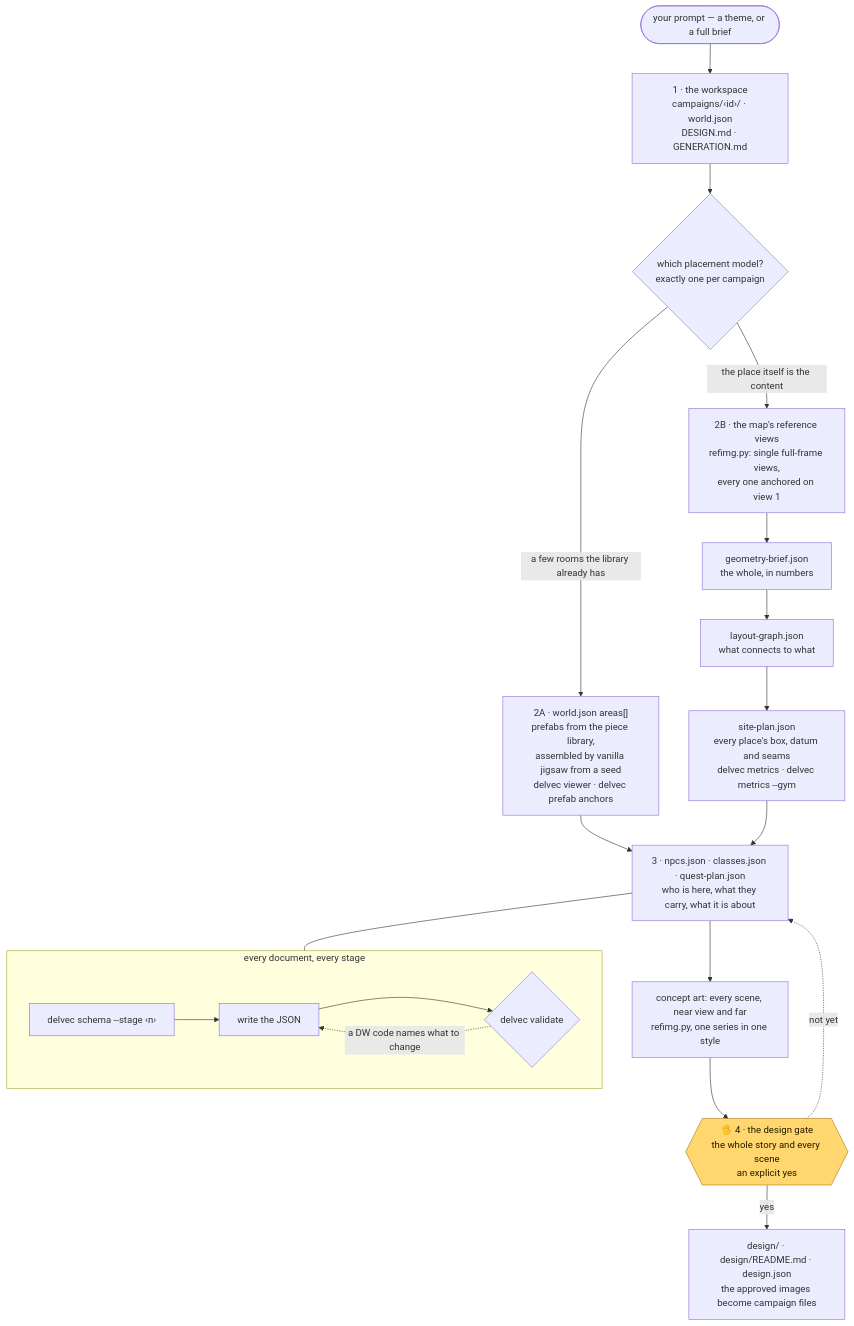
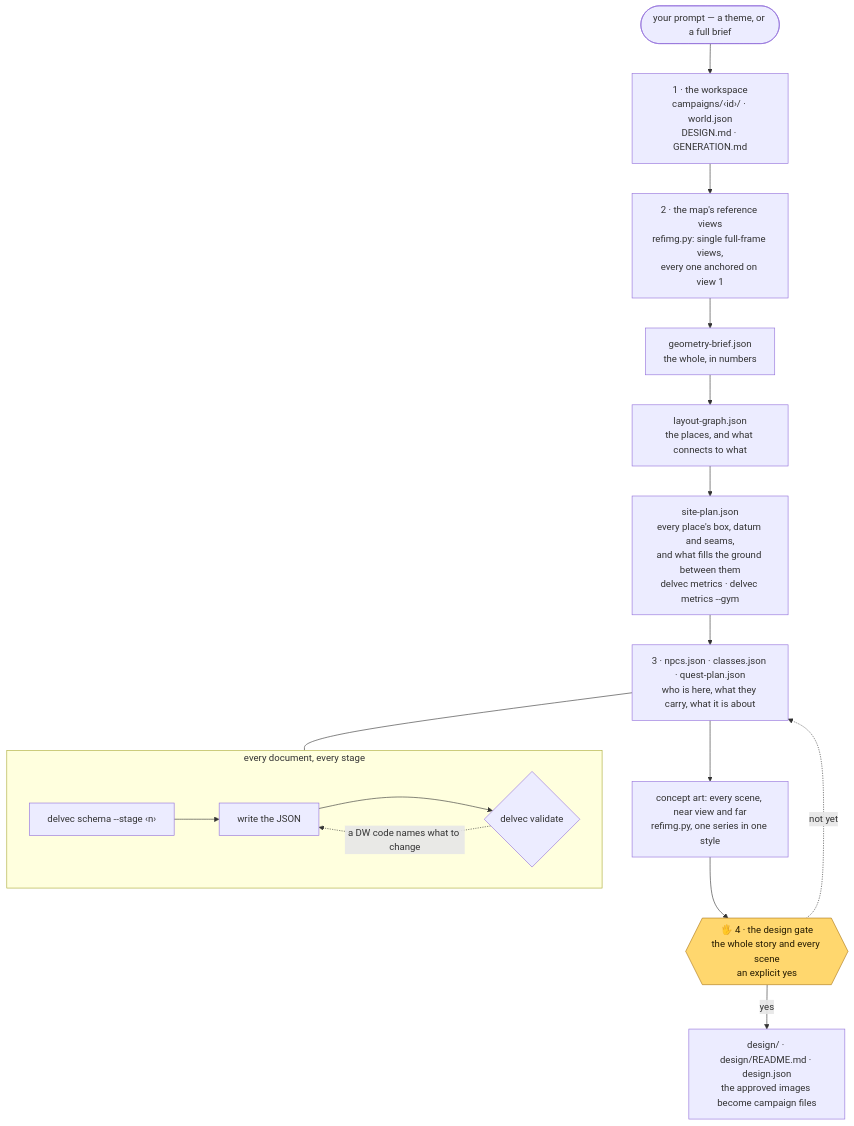
Before and after one commit to stellarfeline/delvewright: the third of 9 diagrams in docs/how-it-works.md, drawn with Mermaid. The commit also changed other lines of this file and 1 other file, not shown here.

First line of the commit message:
docs(how-it-works): every map is a site plan (ADR-0032)

````diff
--- a/docs/how-it-works.md
+++ b/docs/how-it-works.md
@@ -53,28 +53,25 @@
 ```mermaid
 flowchart TD
     P(["your prompt — a theme, or a full brief"]) --> WS["1 · the workspace<br/>campaigns/‹id›/ · world.json<br/>DESIGN.md · GENERATION.md"]
-    WS --> PICK{"which placement model?<br/>exactly one per campaign"}
-    PICK -->|"a few rooms the library already has"| AR["2A · world.json areas[]<br/>prefabs from the piece library,<br/>assembled by vanilla jigsaw from a seed<br/>delvec viewer · delvec prefab anchors"]
-    PICK -->|"the place itself is the content"| MR["2B · the map's reference views<br/>refimg.py: single full-frame views,<br/>every one anchored on view 1"]
+    WS --> MR["2 · the map's reference views<br/>refimg.py: single full-frame views,<br/>every one anchored on view 1"]
     MR --> GB["geometry-brief.json<br/>the whole, in numbers"]
-    GB --> LG["layout-graph.json<br/>what connects to what"]
-    LG --> SP["site-plan.json<br/>every place's box, datum and seams<br/>delvec metrics · delvec metrics --gym"]
-    AR --> ST
+    GB --> LG["layout-graph.json<br/>the places, and what connects to what"]
+    LG --> SP["site-plan.json<br/>every place's box, datum and seams,<br/>and what fills the ground between them<br/>delvec metrics · delvec metrics --gym"]
     SP --> ST
 
     subgraph LOOP ["every document, every stage"]
         direction LR
         SCH["delvec schema --stage ‹n›"] --> WR["write the JSON"]
         WR --> VAL{"delvec validate"}
         VAL -.->|"a DW code names what to change"| WR
     end
 
     ST["3 · npcs.json · classes.json · quest-plan.json<br/>who is here, what they carry, what it is about"]
     ST --- LOOP
     ST --> CA["concept art: every scene, near view and far<br/>refimg.py, one series in one style"]
     CA --> GATE{{"🖐 4 · the design gate<br/>the whole story and every scene<br/>an explicit yes"}}:::human
     GATE -.->|"not yet"| ST
     GATE -->|"yes"| DJ["design/ · design/README.md · design.json<br/>the approved images become campaign files"]
 
     classDef human fill:#ffd76e,stroke:#a9761a,color:#241a00
 ```
````
